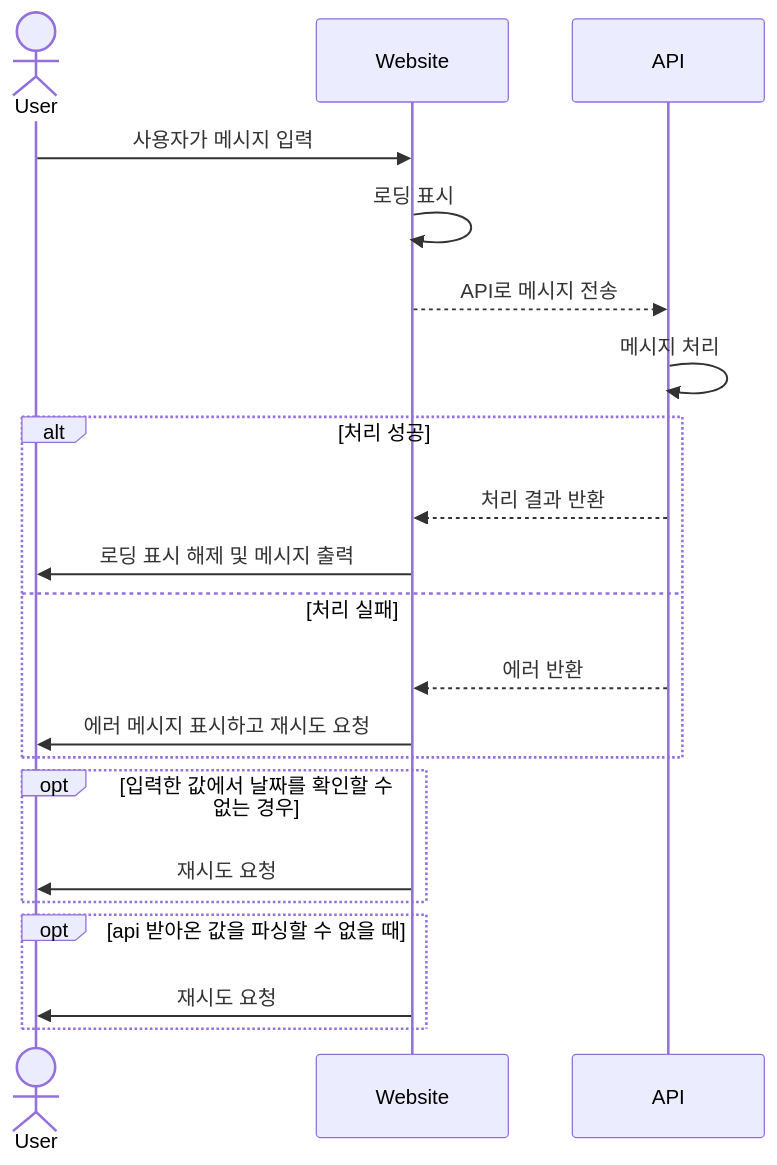
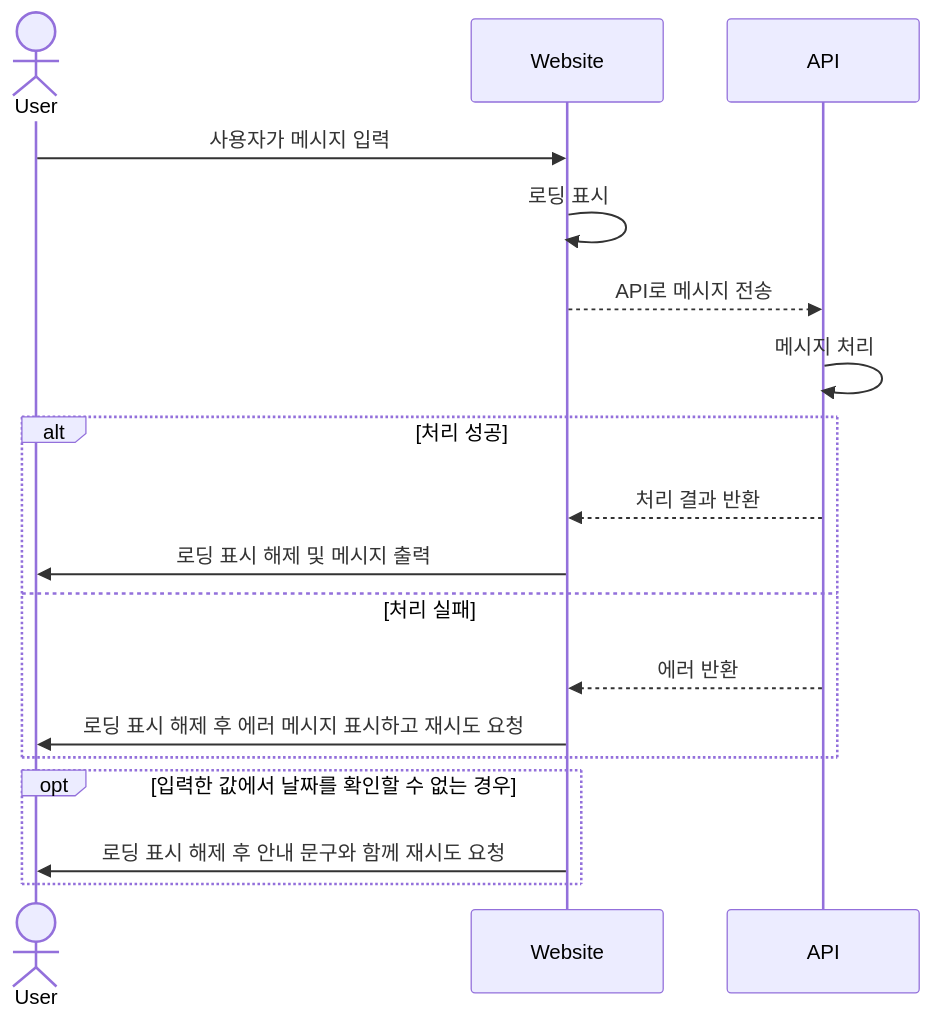
The first of 3 diagrams in project_01/README.md (escape1001/ormcamp), drawn with Mermaid before and after one commit. The commit also changed other lines of this file, not shown here.

Commit message:
"update" README 수정

````diff
--- a/project_01/README.md
+++ b/project_01/README.md
@@ -31,24 +31,21 @@
 ```mermaid
 sequenceDiagram
     actor User
     participant Website
     participant API
 
     User->>Website: 사용자가 메시지 입력
     Website->>Website: 로딩 표시
     Website-->>API: API로 메시지 전송
     API->>API: 메시지 처리
     alt 처리 성공
         API-->>Website: 처리 결과 반환
         Website->>User: 로딩 표시 해제 및 메시지 출력
     else 처리 실패
         API-->>Website: 에러 반환
-        Website->>User: 에러 메시지 표시하고 재시도 요청
+        Website->>User: 로딩 표시 해제 후 에러 메시지 표시하고 재시도 요청
     end
     opt 입력한 값에서 날짜를 확인할 수 없는 경우
-        Website->>User: 재시도 요청
-    end
-    opt api 받아온 값을 파싱할 수 없을 때
-        Website->>User: 재시도 요청
+        Website->>User: 로딩 표시 해제 후 안내 문구와 함께 재시도 요청
     end
 ```
````
